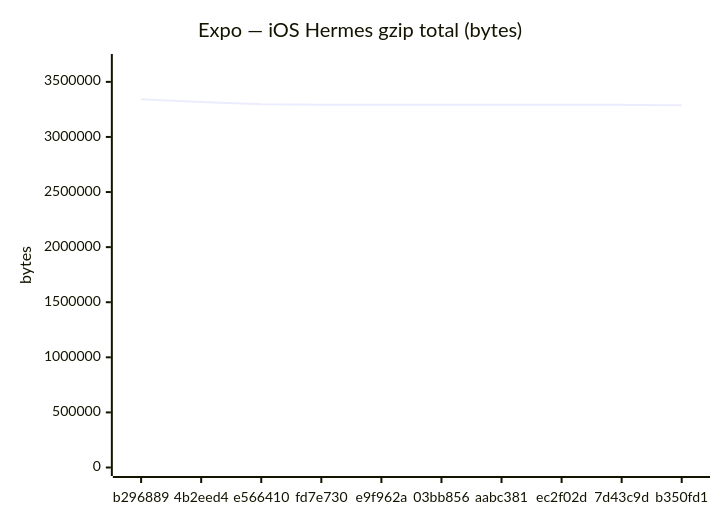
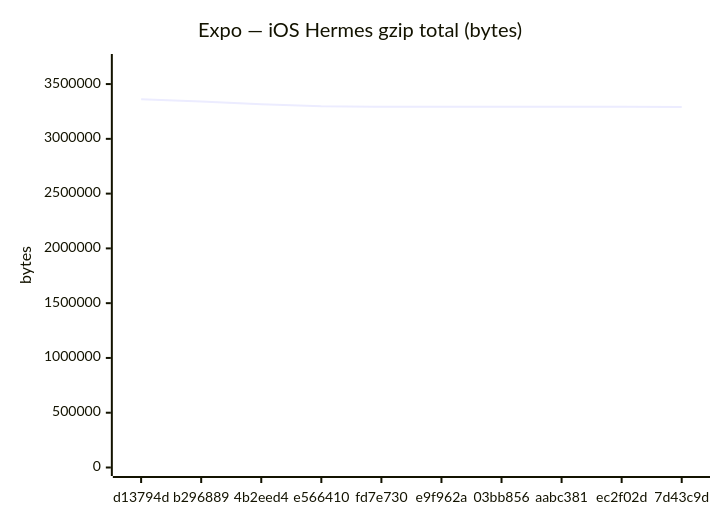
The sixth of 18 diagrams in benchmarks/compare.md (Metaheurist/Rianell), drawn with Mermaid before and after one commit. The commit also changed other lines of this file and 11 other files, not shown here.

````diff
--- a/benchmarks/compare.md
+++ b/benchmarks/compare.md
@@ -96,7 +96,7 @@
 ```mermaid
 xychart-beta
     title "Expo — iOS Hermes gzip total (bytes)"
-    x-axis ["b296889", "4b2eed4", "e566410", "fd7e730", "e9f962a", "03bb856", "aabc381", "ec2f02d", "7d43c9d", "b350fd1"]
-    y-axis "bytes" 0 --> 3675811
-    line [3341646, 3316545, 3297734, 3293199, 3293198, 3293200, 3293409, 3293314, 3291396, 3288856]
+    x-axis ["d13794d", "b296889", "4b2eed4", "e566410", "fd7e730", "e9f962a", "03bb856", "aabc381", "ec2f02d", "7d43c9d"]
+    y-axis "bytes" 0 --> 3696854
+    line [3360776, 3341646, 3316545, 3297734, 3293199, 3293198, 3293200, 3293409, 3293314, 3291396]
 ```
````
